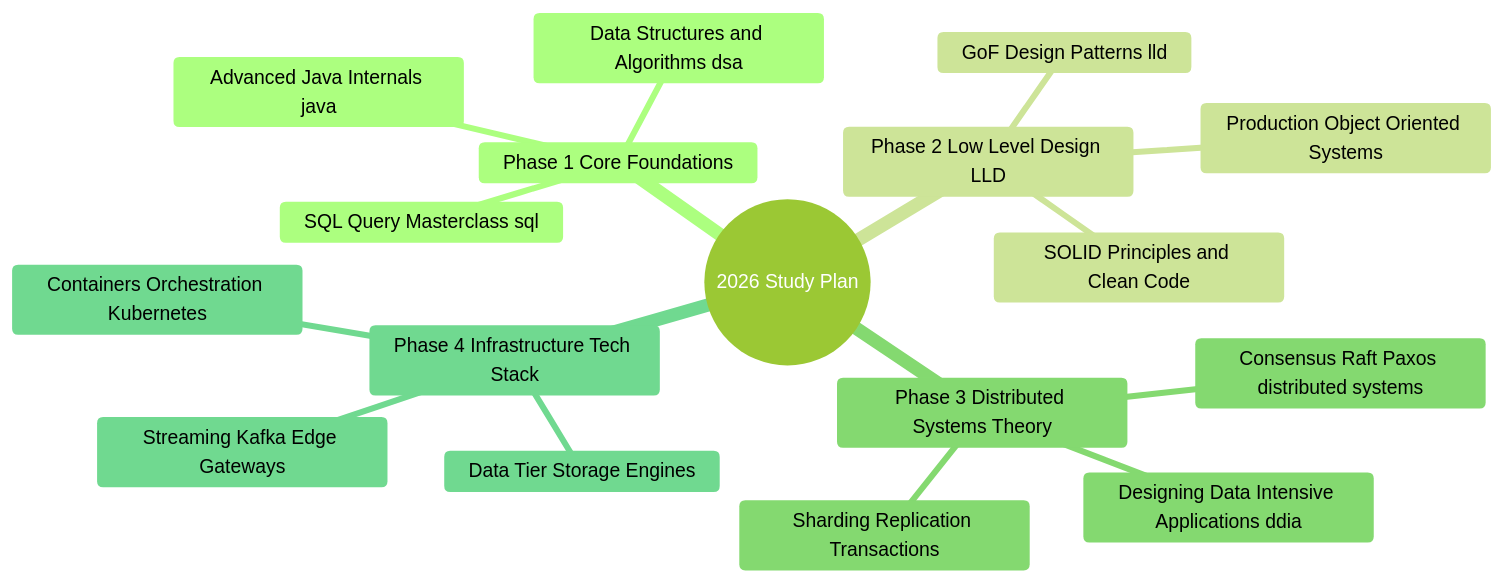
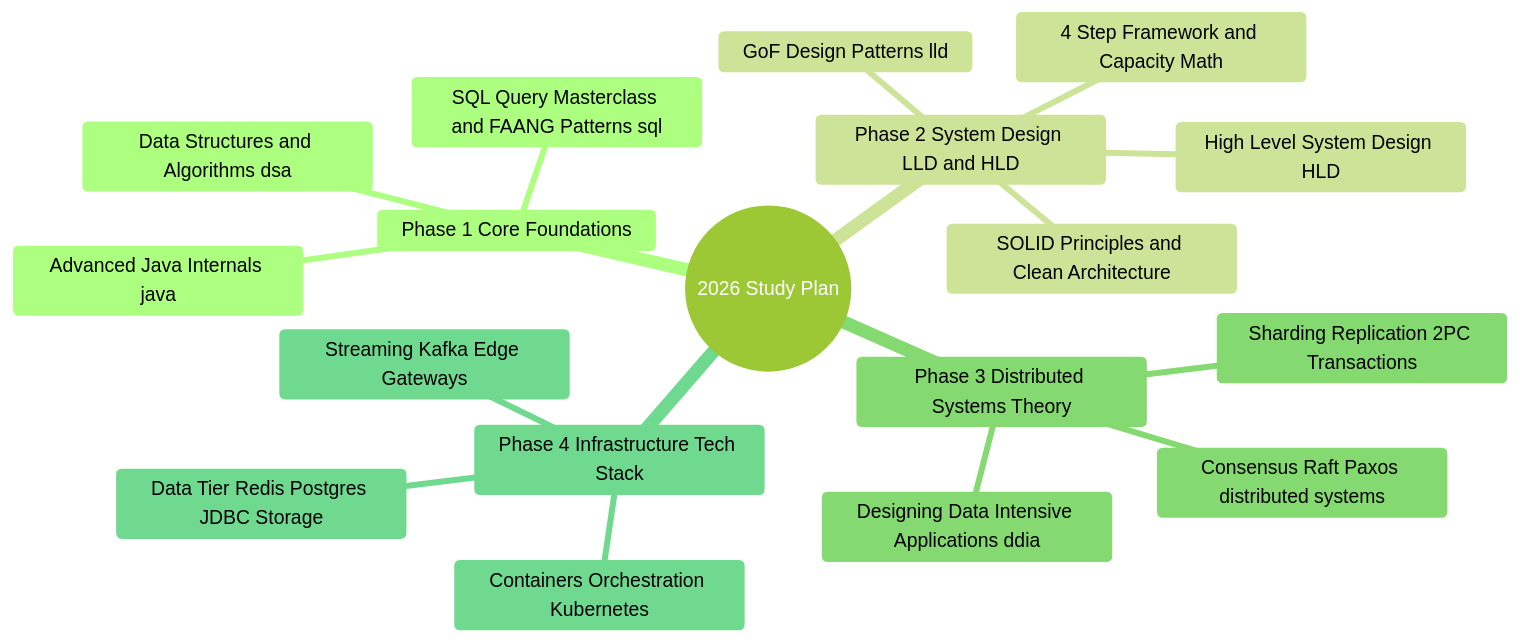
One commit to chauhankartik/private-2026 changed the diagram in STUDY_PLAN_2026.md. Above: the diagram before and after it, drawn with Mermaid (forest theme). The commit also changed other lines of this file, not shown here.

Commit message:
feat(study-plan): update 2026 master study plan with hld, jdbc, object storage, and sql patterns

````diff
--- a/STUDY_PLAN_2026.md
+++ b/STUDY_PLAN_2026.md
@@ -9,20 +9,21 @@
 ```mermaid
 mindmap
   root((2026 Study Plan))
     Phase 1 Core Foundations
       Data Structures and Algorithms dsa
       Advanced Java Internals java
-      SQL Query Masterclass sql
-    Phase 2 Low Level Design LLD
-      SOLID Principles and Clean Code
+      SQL Query Masterclass and FAANG Patterns sql
+    Phase 2 System Design LLD and HLD
+      SOLID Principles and Clean Architecture
       GoF Design Patterns lld
-      Production Object Oriented Systems
+      High Level System Design HLD
+      4 Step Framework and Capacity Math
     Phase 3 Distributed Systems Theory
       Designing Data Intensive Applications ddia
       Consensus Raft Paxos distributed systems
-      Sharding Replication Transactions
+      Sharding Replication 2PC Transactions
     Phase 4 Infrastructure Tech Stack
-      Data Tier Storage Engines
+      Data Tier Redis Postgres JDBC Storage
       Streaming Kafka Edge Gateways
       Containers Orchestration Kubernetes
 ```
````
